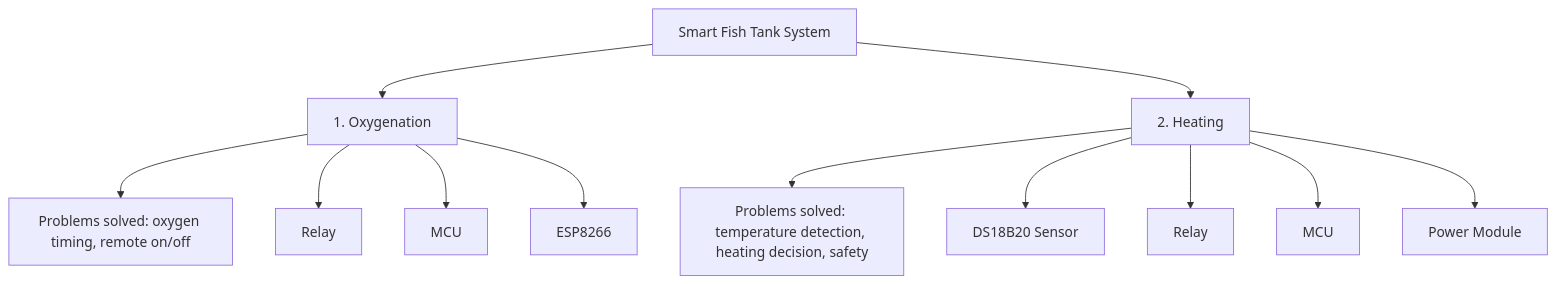
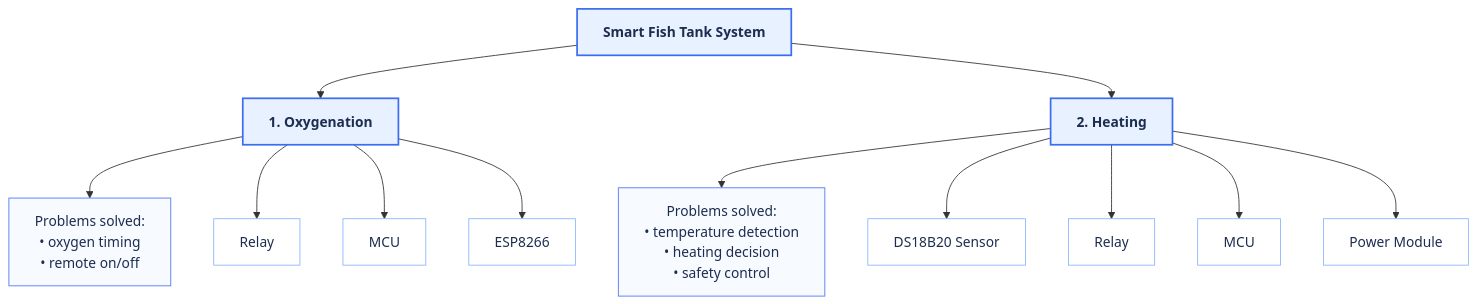
The diagram in fish tank1.md (Skylar9812/smart-fish-tank), drawn with Mermaid before and after one commit.

Commit message:
Refactor fish tank diagram for clarity and structure

````diff
--- a/fish tank1.md
+++ b/fish tank1.md
@@ -1,29 +1,24 @@
 ```mermaid
 graph TB
+    %% 全局样式
+    classDef title fill:#e8f1ff,stroke:#3c6df0,stroke-width:2px,color:#1d2d50,font-weight:bold;
+    classDef layer2 fill:#f7faff,stroke:#6a89f7,stroke-width:1.2px,color:#1d2d50;
+    classDef device fill:#ffffff,stroke:#8ab4ff,stroke-width:1px,color:#1d2d50;
 
-    %% 第一层：功能
-    A[Smart Fish Tank System]
+    A[Smart Fish Tank System]:::title
 
-    %% ---------------- Oxygenation ----------------
-    A --> B[1. Oxygenation]
+    %% Oxygenation
+    A --> B[1. Oxygenation]:::title
+    B --> B1[Problems solved:<br>• oxygen timing<br>• remote on/off]:::layer2
+    B --> B2[Relay]:::device
+    B --> B3[MCU]:::device
+    B --> B4[ESP8266]:::device
 
-    %% 第二层：问题
-    B --> B1[Problems solved: oxygen timing, remote on/off]
-
-    %% 第三层：器件（每一个独立一个框）
-    B --> B2[Relay]
-    B --> B3[MCU]
-    B --> B4[ESP8266]
-
-    %% ---------------- Heating ----------------
-    A --> C[2. Heating]
-
-    %% 第二层：问题
-    C --> C1[Problems solved: temperature detection, heating decision, safety]
-
-    %% 第三层：器件（每一个独立一个框）
-    C --> C2[DS18B20 Sensor]
-    C --> C3[Relay]
-    C --> C4[MCU]
-    C --> C5[Power Module]
+    %% Heating
+    A --> C[2. Heating]:::title
+    C --> C1[Problems solved:<br>• temperature detection<br>• heating decision<br>• safety control]:::layer2
+    C --> C2[DS18B20 Sensor]:::device
+    C --> C3[Relay]:::device
+    C --> C4[MCU]:::device
+    C --> C5[Power Module]:::device
 ```
````
